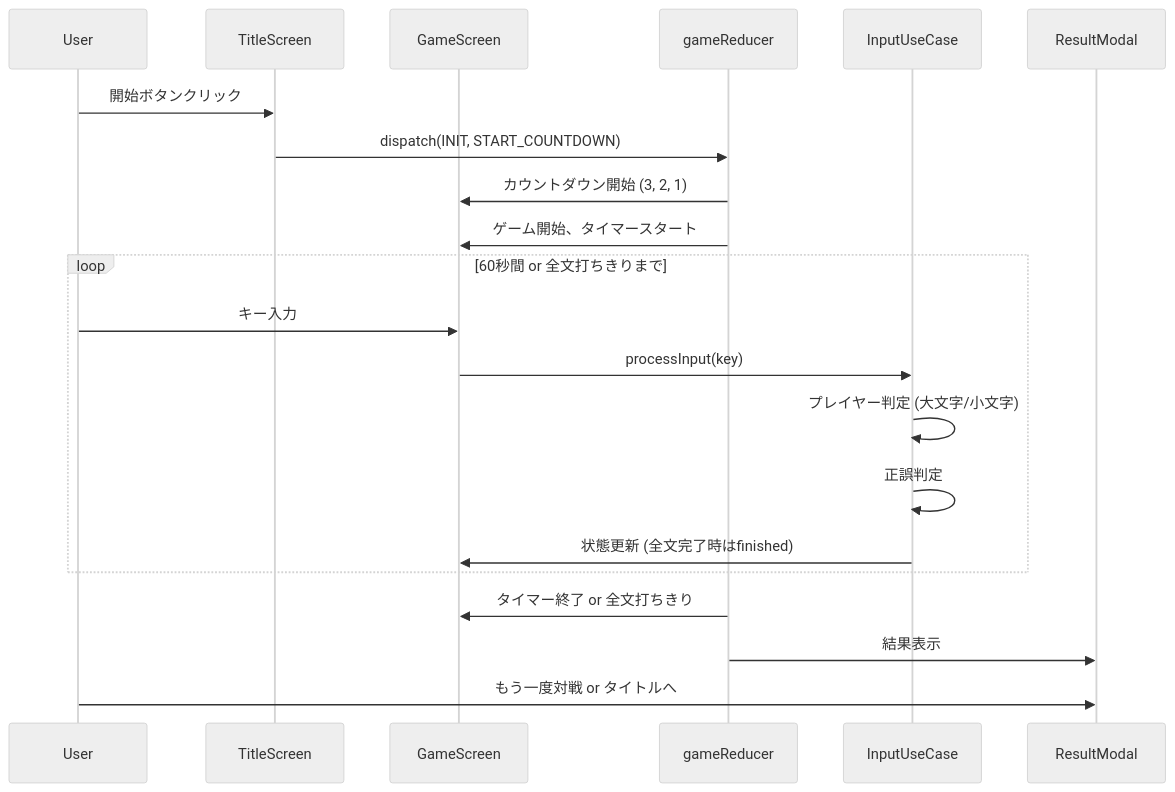
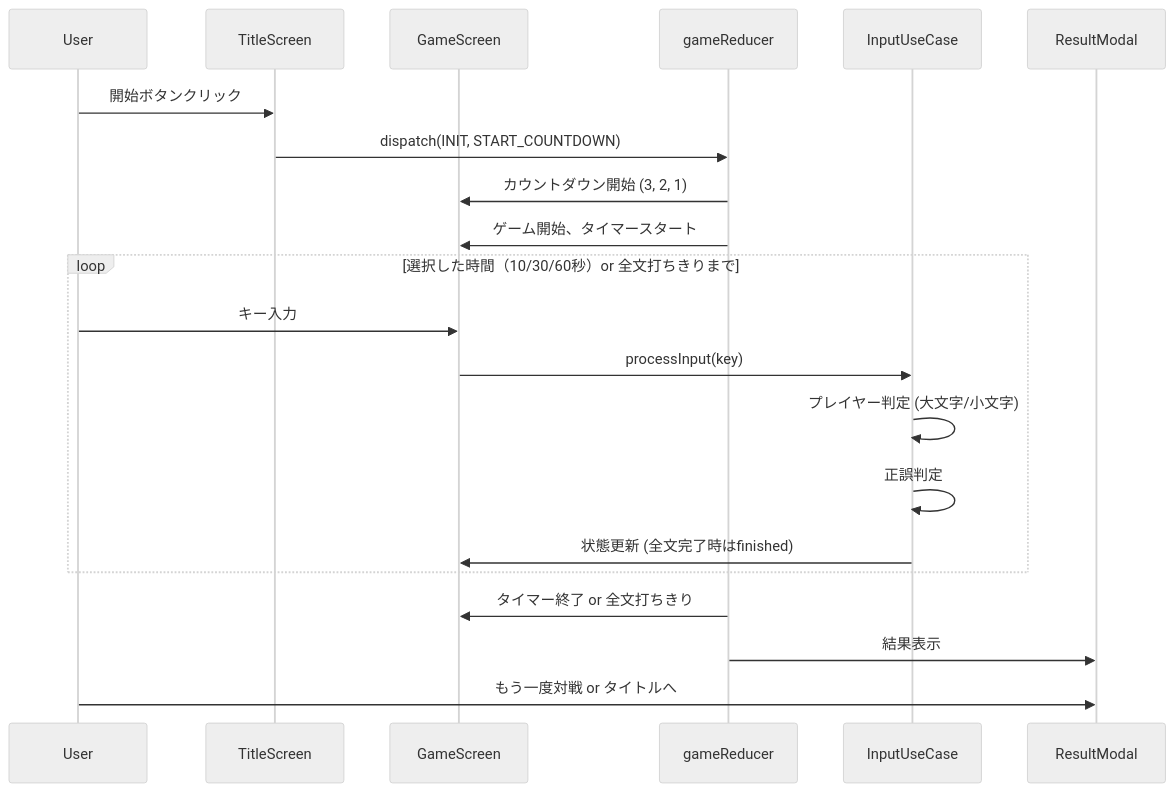
Before and after one commit to coderdojo-iwata/vs-typing-dojo-ts: the fourth of 4 diagrams in docs/functional-design.md, drawn with Mermaid (neutral theme). The commit also changed other lines of this file and 18 other files, not shown here.

````diff
--- a/docs/functional-design.md
+++ b/docs/functional-design.md
@@ -371,26 +381,26 @@
 ```mermaid
 sequenceDiagram
     participant U as User
     participant T as TitleScreen
     participant G as GameScreen
     participant GR as gameReducer
     participant IU as InputUseCase
     participant R as ResultModal
 
     U->>T: 開始ボタンクリック
     T->>GR: dispatch(INIT, START_COUNTDOWN)
     GR->>G: カウントダウン開始 (3, 2, 1)
     GR->>G: ゲーム開始、タイマースタート
 
-    loop 60秒間 or 全文打ちきりまで
+    loop 選択した時間（10/30/60秒）or 全文打ちきりまで
         U->>G: キー入力
         G->>IU: processInput(key)
         IU->>IU: プレイヤー判定 (大文字/小文字)
         IU->>IU: 正誤判定
         IU->>G: 状態更新 (全文完了時はfinished)
     end
 
     GR->>G: タイマー終了 or 全文打ちきり
     GR->>R: 結果表示
     U->>R: もう一度対戦 or タイトルへ
 ```
````
